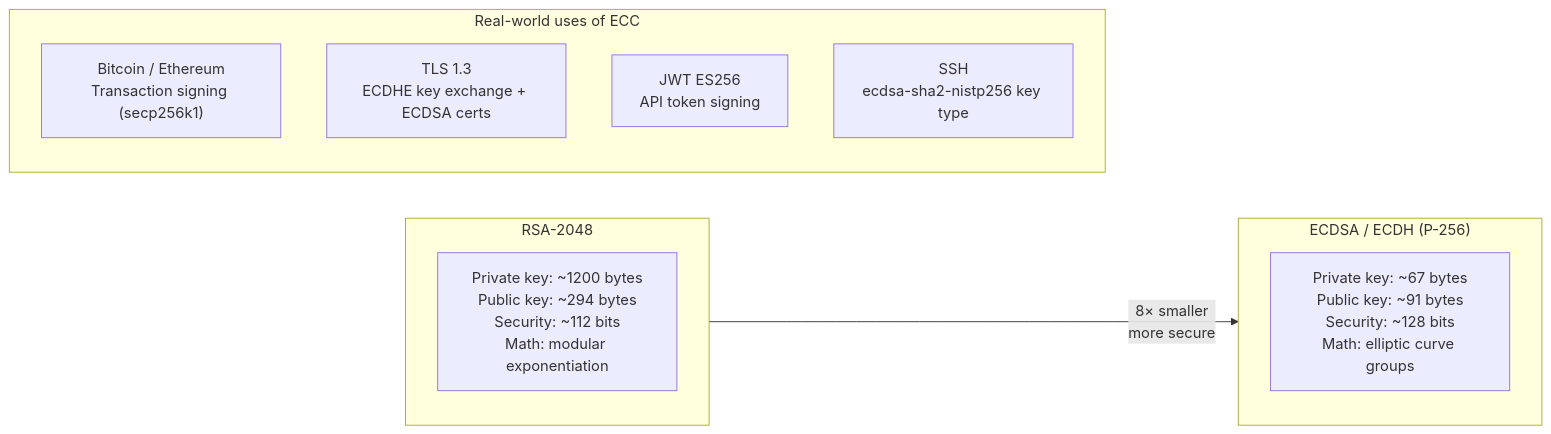
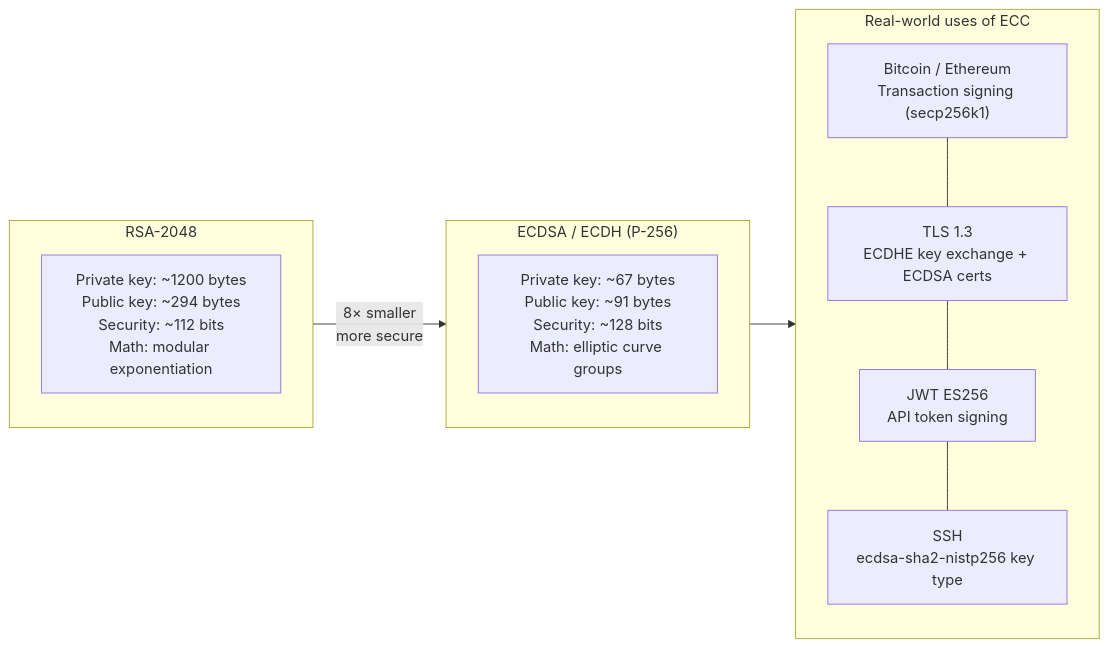
Before and after one commit to csoares/SecurityJava: diagram 13 of 19 in README.md, drawn with Mermaid. The commit also changed other lines of this file and 23 other files, not shown here.

Commit message:
Refine README diagrams and descriptions for clarity and accuracy

````diff
--- a/README.md
+++ b/README.md
@@ -382,19 +376,21 @@
 ```mermaid
 flowchart LR
     subgraph RSA ["RSA-2048"]
-        RSAP["Private key: ~1200 bytes\nPublic key: ~294 bytes\nSecurity: ~112 bits\nMath: modular exponentiation"]
+        RSAP["Private key: ~1200 bytes<br/>Public key: ~294 bytes<br/>Security: ~112 bits<br/>Math: modular exponentiation"]
     end
 
     subgraph ECC ["ECDSA / ECDH (P-256)"]
-        ECCP["Private key: ~67 bytes\nPublic key: ~91 bytes\nSecurity: ~128 bits\nMath: elliptic curve groups"]
+        ECCP["Private key: ~67 bytes<br/>Public key: ~91 bytes<br/>Security: ~128 bits<br/>Math: elliptic curve groups"]
     end
 
-    RSA -->|"8× smaller\nmore secure"| ECC
+    RSA -->|"8× smaller<br/>more secure"| ECC
 
     subgraph Uses ["Real-world uses of ECC"]
-        U1["Bitcoin / Ethereum\nTransaction signing (secp256k1)"]
-        U2["TLS 1.3\nECDHE key exchange + ECDSA certs"]
-        U3["JWT ES256\nAPI token signing"]
-        U4["SSH\necdsa-sha2-nistp256 key type"]
+        U1["Bitcoin / Ethereum<br/>Transaction signing (secp256k1)"]
+        U2["TLS 1.3<br/>ECDHE key exchange + ECDSA certs"]
+        U3["JWT ES256<br/>API token signing"]
+        U4["SSH<br/>ecdsa-sha2-nistp256 key type"]
+        U1 --- U2 --- U3 --- U4
     end
+    ECC --> Uses
 ```
````
